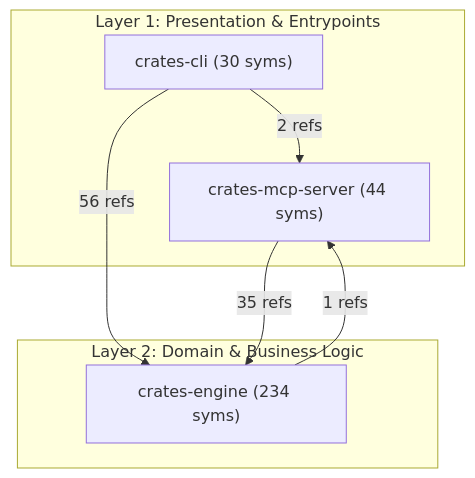
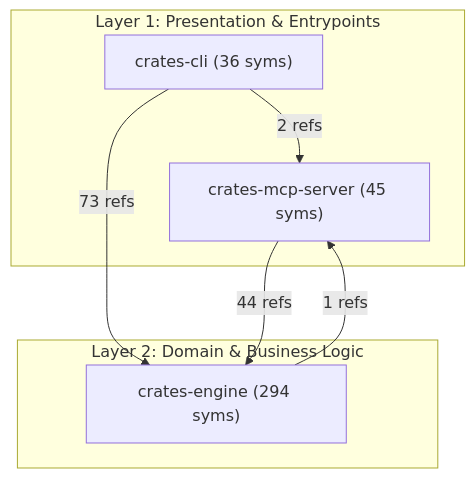
Before and after one commit to MatinBodaghi/repotrim: the diagram in docs/ARCHITECTURE.md, drawn with Mermaid. The commit also changed other lines of this file and 2 other files, not shown here.

````diff
--- a/docs/ARCHITECTURE.md
+++ b/docs/ARCHITECTURE.md
@@ -21,16 +21,16 @@
 ```mermaid
 flowchart TD
     subgraph Presentation["Layer 1: Presentation & Entrypoints"]
-        subsys_crates_mcp_server["crates-mcp-server (44 syms)"]
-        subsys_crates_cli["crates-cli (30 syms)"]
+        subsys_crates_mcp_server["crates-mcp-server (45 syms)"]
+        subsys_crates_cli["crates-cli (36 syms)"]
     end
 
     subgraph Domain["Layer 2: Domain & Business Logic"]
-        subsys_crates_engine["crates-engine (234 syms)"]
+        subsys_crates_engine["crates-engine (294 syms)"]
     end
 
-    subsys_crates_mcp_server -->|"35 refs"| subsys_crates_engine
-    subsys_crates_cli -->|"56 refs"| subsys_crates_engine
+    subsys_crates_mcp_server -->|"44 refs"| subsys_crates_engine
+    subsys_crates_cli -->|"73 refs"| subsys_crates_engine
     subsys_crates_cli -->|"2 refs"| subsys_crates_mcp_server
     subsys_crates_engine -->|"1 refs"| subsys_crates_mcp_server
 ```
````
